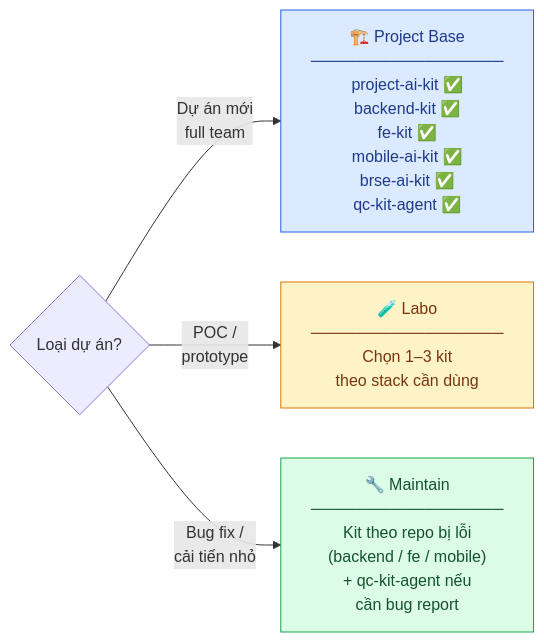
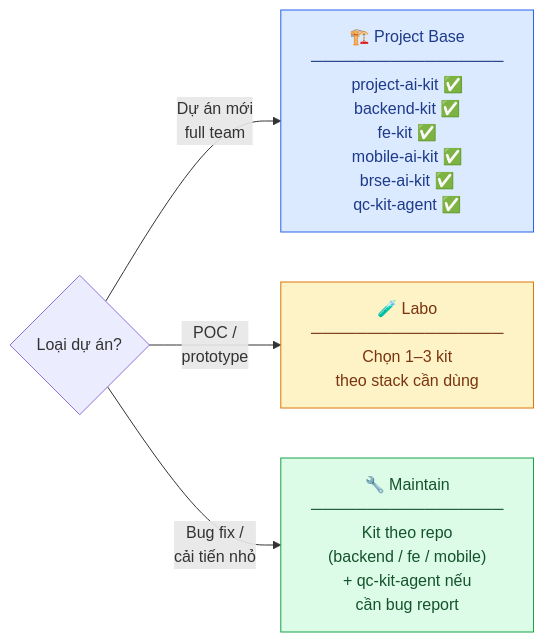
Before and after one commit to dipro-vn/dipro-ai-boost: the diagram in README.md, drawn with Mermaid.

Commit message:
feat/add readme

````diff
--- a/README.md
+++ b/README.md
@@ -84,14 +84,14 @@
 ```mermaid
 flowchart LR
     Q{"Loại dự án?"}
 
     Q -->|"Dự án mới\nfull team"| PB["🏗️ Project Base\n─────────────────\nproject-ai-kit ✅\nbackend-kit ✅\nfe-kit ✅\nmobile-ai-kit ✅\nbrse-ai-kit ✅\nqc-kit-agent ✅"]
 
     Q -->|"POC /\nprototype"| LB["🧪 Labo\n─────────────────\nChọn 1–3 kit\ntheo stack cần dùng"]
 
-    Q -->|"Bug fix /\ncải tiến nhỏ"| MT["🔧 Maintain\n─────────────────\nKit theo repo bị lỗi\n(backend / fe / mobile)\n+ qc-kit-agent nếu\ncần bug report"]
+    Q -->|"Bug fix /\ncải tiến nhỏ"| MT["🔧 Maintain\n─────────────────\nKit theo repo\n(backend / fe / mobile)\n+ qc-kit-agent nếu\ncần bug report"]
 
     style PB fill:#DBEAFE,stroke:#2563EB,color:#1E3A8A
     style LB fill:#FEF3C7,stroke:#D97706,color:#78350F
     style MT fill:#DCFCE7,stroke:#16A34A,color:#14532D
 ```
````
